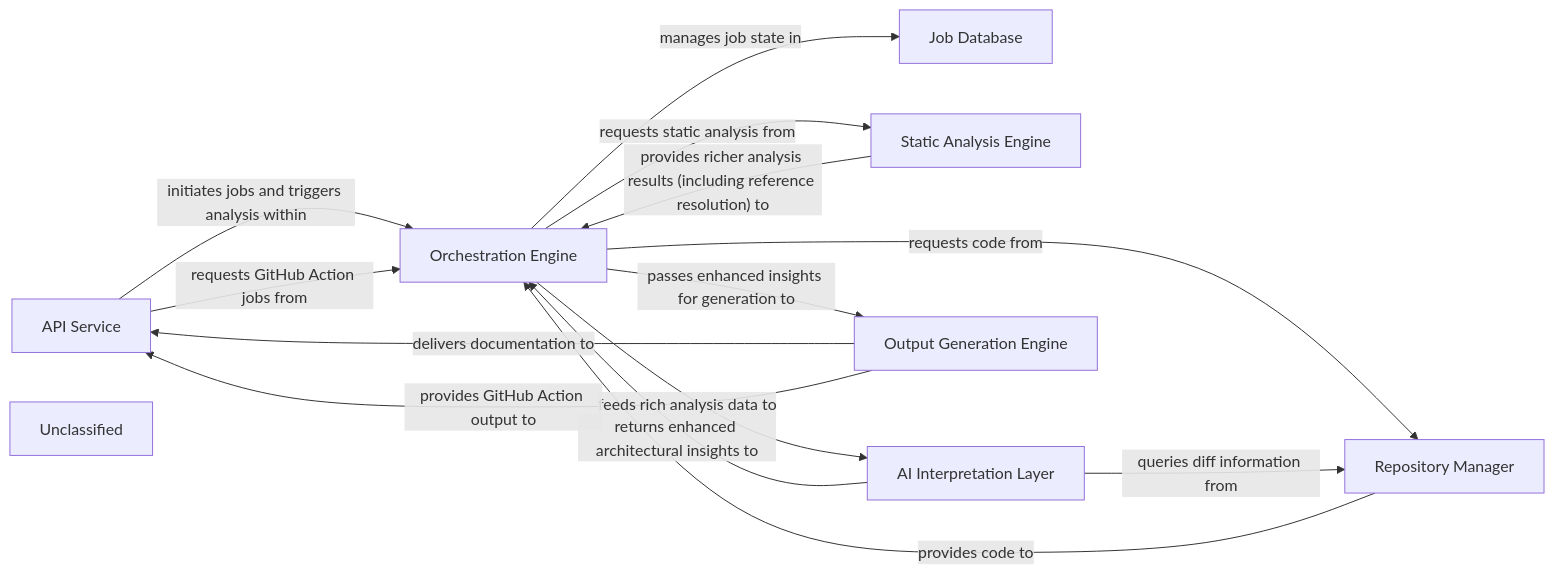
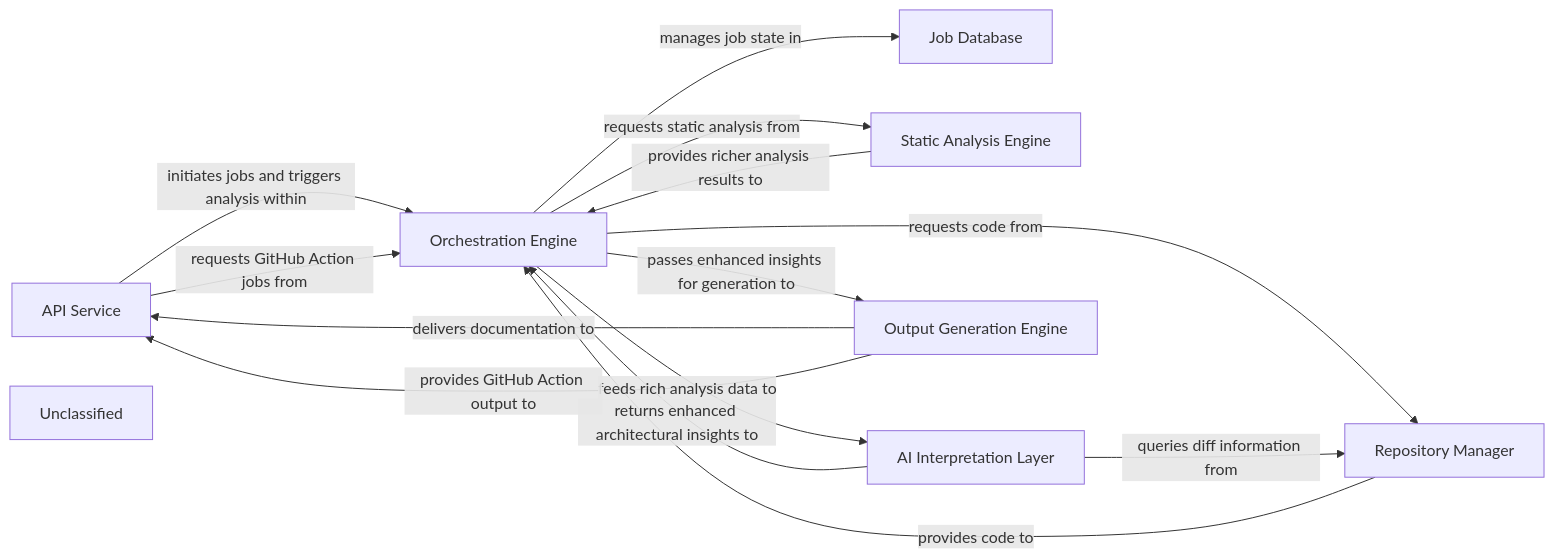
The diagram in .codeboarding/overview.md (mariyam866/CodeBoarding), drawn with Mermaid before and after one commit. The commit also changed other lines of this file and 11 other files, not shown here.

First line of the commit message:
docs: update codeboarding documentation and generate architecture

````diff
--- a/.codeboarding/overview.md
+++ b/.codeboarding/overview.md
@@ -1,33 +1,29 @@
 ```mermaid
 graph LR
     API_Service["API Service"]
     Job_Database["Job Database"]
     Orchestration_Engine["Orchestration Engine"]
     Repository_Manager["Repository Manager"]
     Static_Analysis_Engine["Static Analysis Engine"]
     AI_Interpretation_Layer["AI Interpretation Layer"]
     Output_Generation_Engine["Output Generation Engine"]
     Unclassified["Unclassified"]
-    Unclassified["Unclassified"]
-    Unclassified["Unclassified"]
-    Unclassified["Unclassified"]
     API_Service -- "initiates jobs and triggers analysis within" --> Orchestration_Engine
     API_Service -- "requests GitHub Action jobs from" --> Orchestration_Engine
     Orchestration_Engine -- "manages job state in" --> Job_Database
     Orchestration_Engine -- "requests code from" --> Repository_Manager
     Repository_Manager -- "provides code to" --> Orchestration_Engine
     Orchestration_Engine -- "requests static analysis from" --> Static_Analysis_Engine
-    Static_Analysis_Engine -- "provides richer analysis results (including reference resolution) to" --> Orchestration_Engine
+    Static_Analysis_Engine -- "provides richer analysis results to" --> Orchestration_Engine
     Orchestration_Engine -- "feeds rich analysis data to" --> AI_Interpretation_Layer
     AI_Interpretation_Layer -- "returns enhanced architectural insights to" --> Orchestration_Engine
     AI_Interpretation_Layer -- "queries diff information from" --> Repository_Manager
     Orchestration_Engine -- "passes enhanced insights for generation to" --> Output_Generation_Engine
     Output_Generation_Engine -- "delivers documentation to" --> API_Service
     Output_Generation_Engine -- "provides GitHub Action output to" --> API_Service
     click API_Service href "https://github.com/CodeBoarding/CodeBoarding/blob/main/.codeboarding/API_Service.md" "Details"
-    click Orchestration_Engine href "https://github.com/CodeBoarding/CodeBoarding/blob/main/.codeboarding/Orchestration_Engine.md" "Details"
     click Repository_Manager href "https://github.com/CodeBoarding/CodeBoarding/blob/main/.codeboarding/Repository_Manager.md" "Details"
     click Static_Analysis_Engine href "https://github.com/CodeBoarding/CodeBoarding/blob/main/.codeboarding/Static_Analysis_Engine.md" "Details"
     click AI_Interpretation_Layer href "https://github.com/CodeBoarding/CodeBoarding/blob/main/.codeboarding/AI_Interpretation_Layer.md" "Details"
     click Output_Generation_Engine href "https://github.com/CodeBoarding/CodeBoarding/blob/main/.codeboarding/Output_Generation_Engine.md" "Details"
 ```
````
